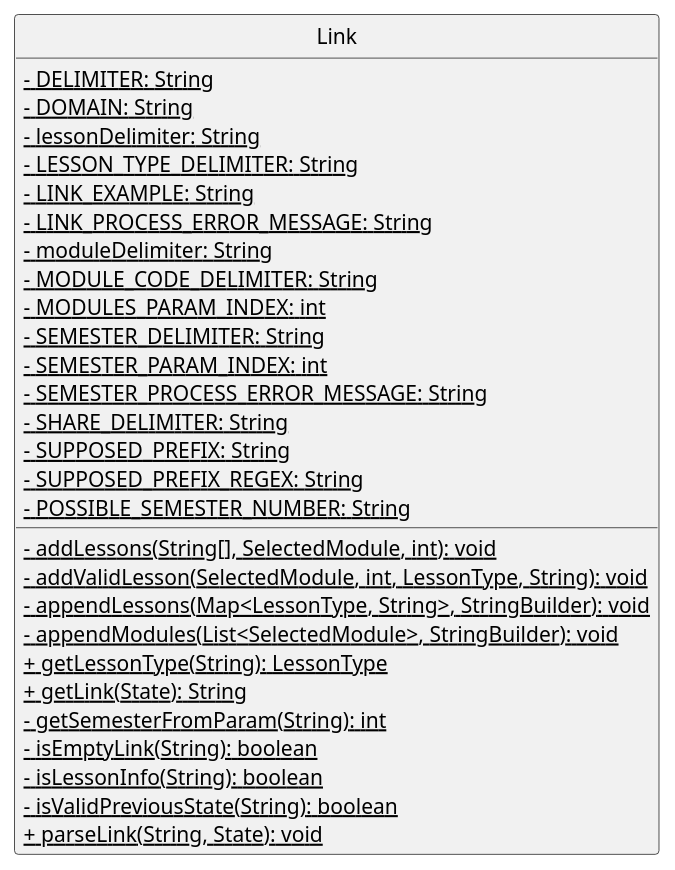
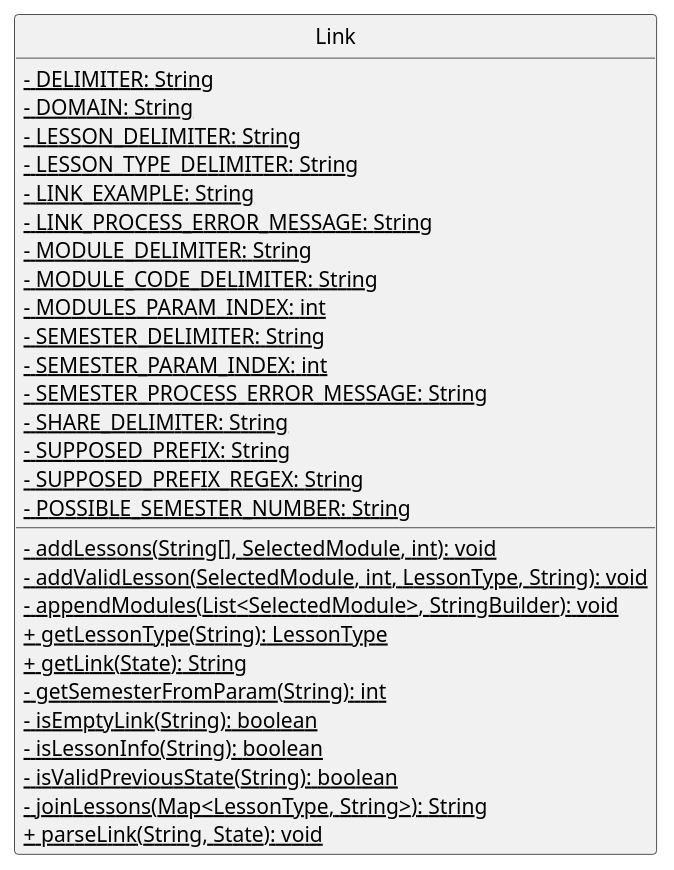
Before and after one commit to nus-cs2113-AY2223S1/tp: the diagram in docs/UMLdiagrams/linkClass.puml, drawn with PlantUML. The commit also changed 3 other files, not shown here.

```diff
--- a/docs/UMLdiagrams/linkClass.puml
+++ b/docs/UMLdiagrams/linkClass.puml
@@ -1,36 +1,36 @@
 @startuml
 'https://plantuml.com/sequence-diagram
 hide circle
 skinparam classAttributeIconSize 0
 
 class Link {
     <u>- DELIMITER: String
     <u>- DOMAIN: String
-    <u>- lessonDelimiter: String
+    <u>- LESSON_DELIMITER: String
     <u>- LESSON_TYPE_DELIMITER: String
     <u>- LINK_EXAMPLE: String
     <u>- LINK_PROCESS_ERROR_MESSAGE: String
-    <u>- moduleDelimiter: String
+    <u>- MODULE_DELIMITER: String
     <u>- MODULE_CODE_DELIMITER: String
     <u>- MODULES_PARAM_INDEX: int
     <u>- SEMESTER_DELIMITER: String
     <u>- SEMESTER_PARAM_INDEX: int
     <u>- SEMESTER_PROCESS_ERROR_MESSAGE: String
     <u>- SHARE_DELIMITER: String
     <u>- SUPPOSED_PREFIX: String
     <u>- SUPPOSED_PREFIX_REGEX: String
     <u>- POSSIBLE_SEMESTER_NUMBER: String
 
     <u>- addLessons(String[], SelectedModule, int): void
     <u>- addValidLesson(SelectedModule, int, LessonType, String): void
-    <u>- appendLessons(Map<LessonType, String>, StringBuilder): void
     <u>- appendModules(List<SelectedModule>, StringBuilder): void
     <u>+ getLessonType(String): LessonType
     <u>+ getLink(State): String
     <u>- getSemesterFromParam(String): int
     <u>- isEmptyLink(String): boolean
     <u>- isLessonInfo(String): boolean
     <u>- isValidPreviousState(String): boolean
+    <u>- joinLessons(Map<LessonType, String>): String
     <u>+ parseLink(String, State): void
 }
 @enduml
```
